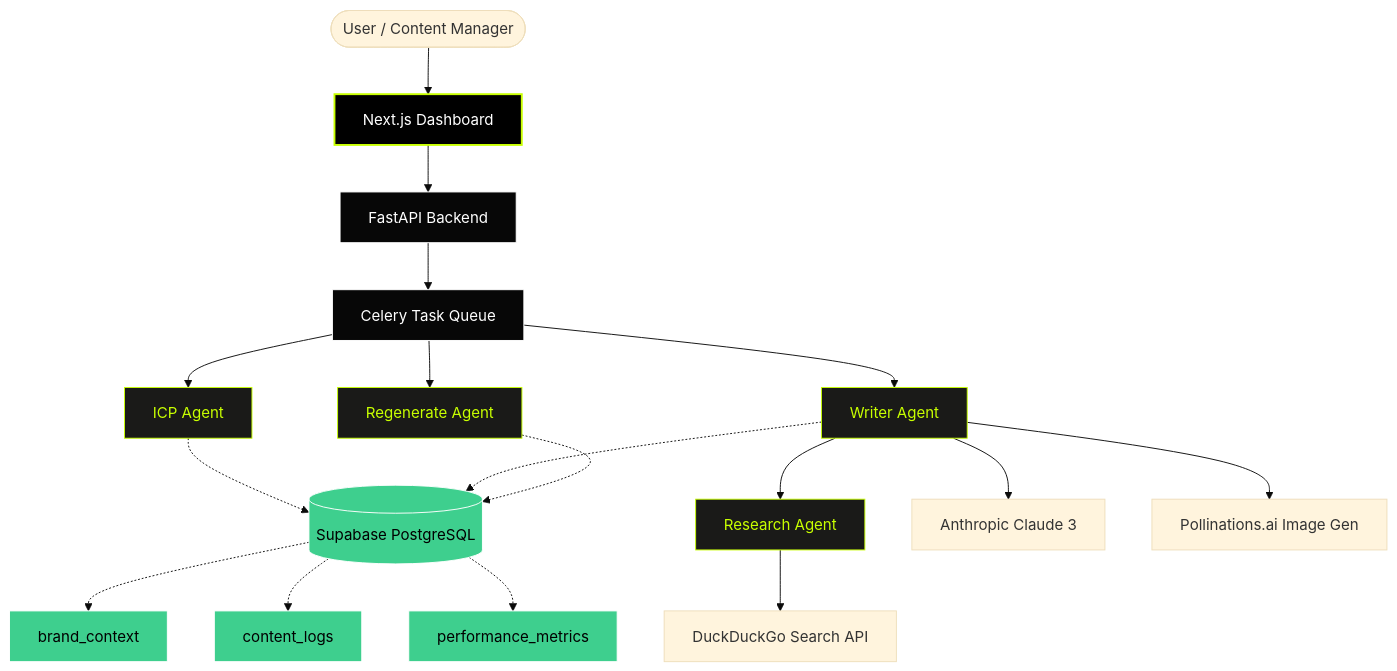
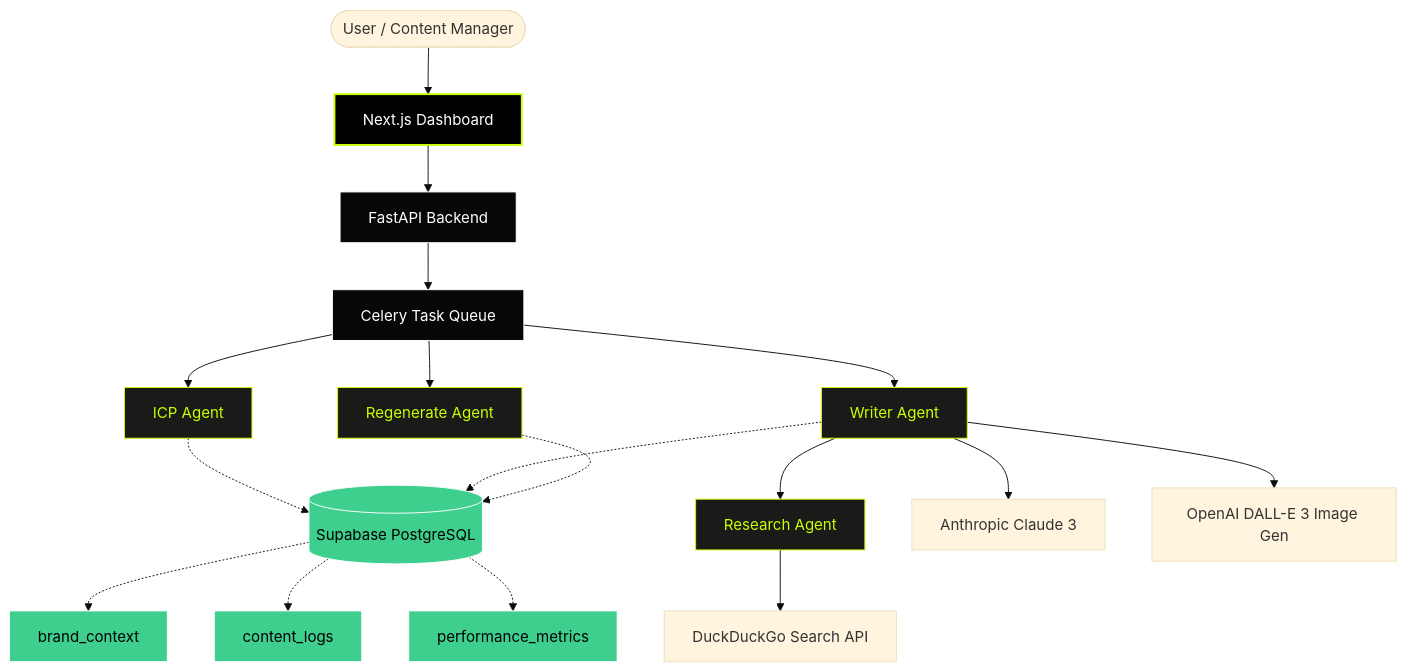
The diagram in README.md (bitcot/agentic-content-automation), drawn with Mermaid (base theme) before and after one commit. The commit also changed other lines of this file, not shown here.

Commit message:
docs: remove deprecated Pollinations.ai references from README

````diff
--- a/README.md
+++ b/README.md
@@ -29,39 +29,39 @@
 ```mermaid
 graph TD
     %% Core Infrastructure
     User([User / Content Manager]) --> UI[Next.js Dashboard]
     UI --> API[FastAPI Backend]
     
     %% Agents & Logic
     API --> Celery[Celery Task Queue]
     Celery --> ICPAgent[ICP Agent]
     Celery --> WriterAgent[Writer Agent]
     Celery --> RegenAgent[Regenerate Agent]
     WriterAgent --> ResearchAgent[Research Agent]
     
     %% Brain & Memory
     ICPAgent -.-> Supabase[(Supabase PostgreSQL)]
     WriterAgent -.-> Supabase
     RegenAgent -.-> Supabase
     
     %% External Services
     WriterAgent --> Claude[Anthropic Claude 3]
-    WriterAgent --> Pollinations[Pollinations.ai Image Gen]
+    WriterAgent --> OpenAI[OpenAI DALL-E 3 Image Gen]
     ResearchAgent --> DDG[DuckDuckGo Search API]
     
     %% Data Models inside DB
     Supabase -.-> BrandContext[brand_context]
     Supabase -.-> ContentLogs[content_logs]
     Supabase -.-> PerfMetrics[performance_metrics]
     
     %% Styling
     classDef ui fill:#000,stroke:#C8FF00,stroke-width:2px,color:#fff;
     classDef api fill:#070707,stroke:#fff,stroke-width:1px,color:#fff;
     classDef agent fill:#1A1A18,stroke:#C8FF00,stroke-width:1px,color:#C8FF00;
     classDef db fill:#3ECF8E,stroke:#fff,stroke-width:1px,color:#000;
     
     class UI ui;
     class API,Celery api;
     class ICPAgent,WriterAgent,RegenAgent,ResearchAgent agent;
     class Supabase,BrandContext,ContentLogs,PerfMetrics db;
 ```
````
